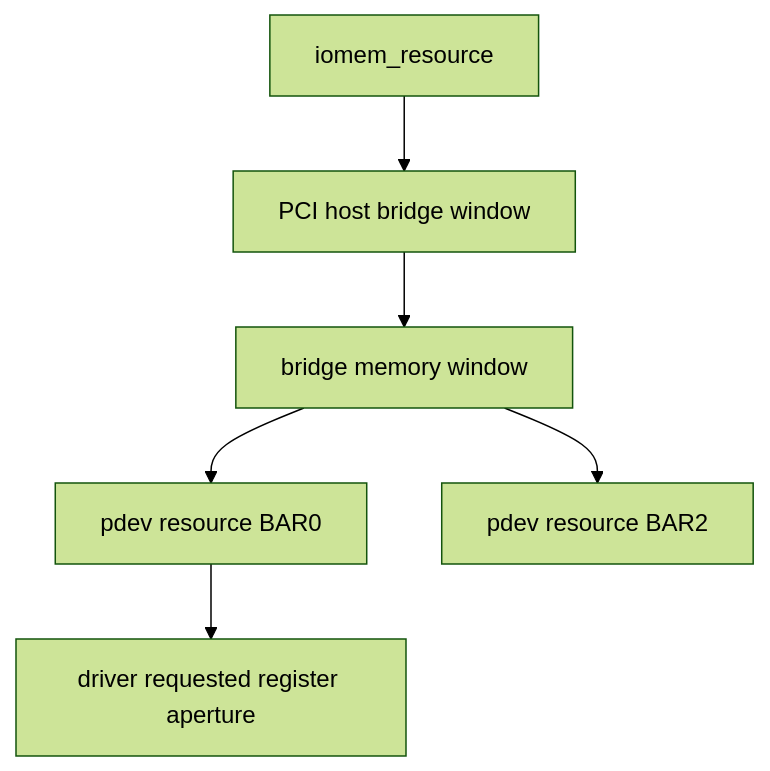
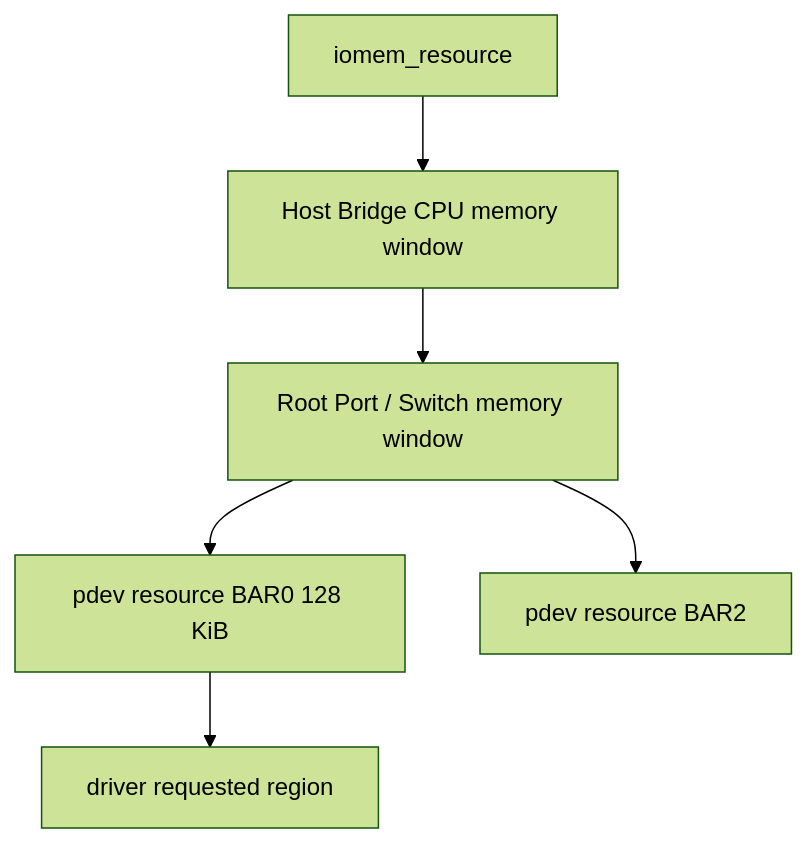
The second of 4 diagrams in docs/articles/pcie/pci-03-bar-resource-atu-mmio.md (cdragon-ljl/EEandEdgeAI), drawn with Mermaid (forest theme) before and after one commit. The commit also changed other lines of this file and 3 other files, not shown here.

````diff
--- a/docs/articles/pcie/pci-03-bar-resource-atu-mmio.md
+++ b/docs/articles/pcie/pci-03-bar-resource-atu-mmio.md
@@ -204,8 +87,8 @@
 ```mermaid
 flowchart TD
-    IOMEM[iomem_resource] --> HOST[PCI host bridge window]
-    HOST --> BR[bridge memory window]
-    BR --> BAR0[pdev resource BAR0]
+    ROOT[iomem_resource] --> HOST[Host Bridge CPU memory window]
+    HOST --> BR[Root Port / Switch memory window]
+    BR --> BAR0[pdev resource BAR0 128 KiB]
     BR --> BAR2[pdev resource BAR2]
-    BAR0 --> REG[driver requested register aperture]
+    BAR0 --> OWNER[driver requested region]
 ```
````
